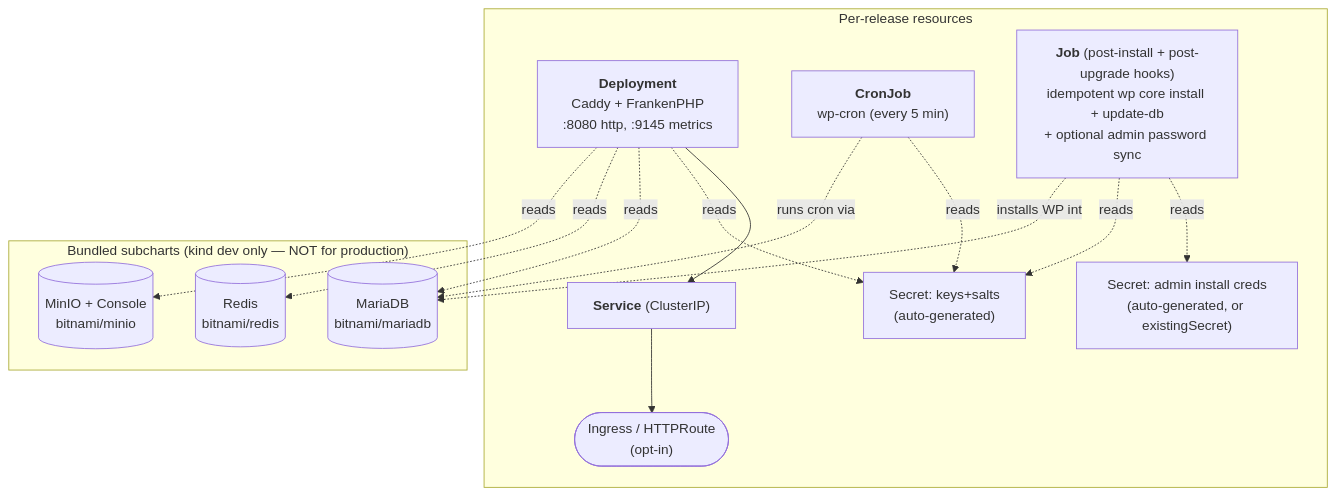
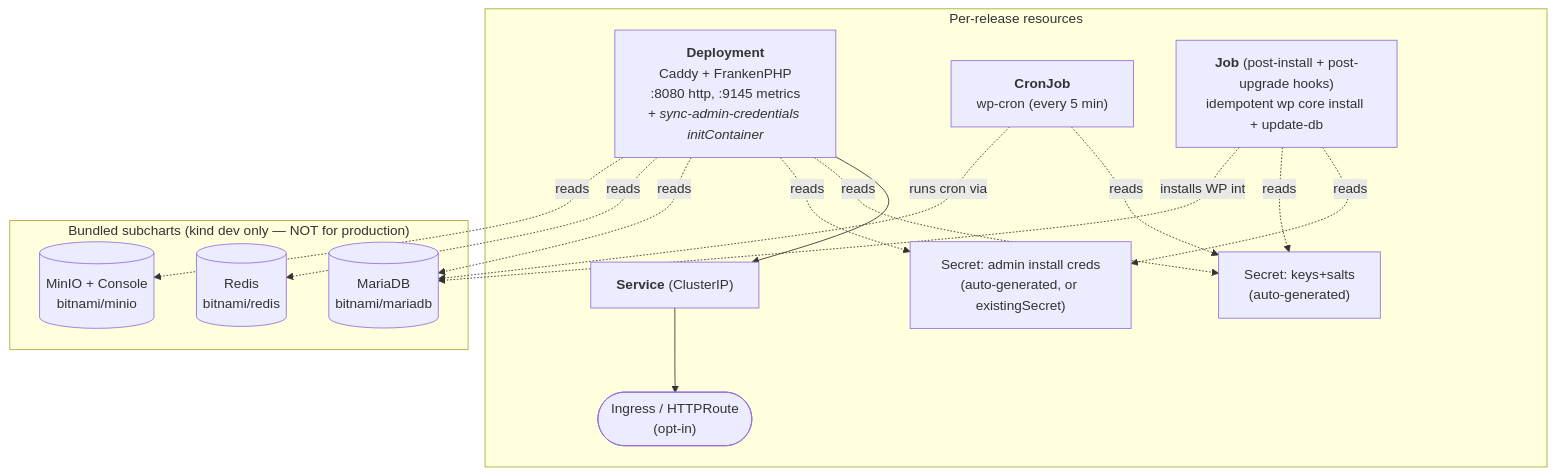
Before and after one commit to EightOEight/docs: the diagram in components/fp-charts.mdx, drawn with Mermaid. The commit also changed other lines of this file and 6 other files, not shown here.

````diff
--- a/components/fp-charts.mdx
+++ b/components/fp-charts.mdx
@@ -31,29 +31,30 @@
 ```mermaid
 flowchart TD
     subgraph release["Per-release resources"]
-        deploy["<b>Deployment</b><br/>Caddy + FrankenPHP<br/>:8080 http, :9145 metrics"]
+        deploy["<b>Deployment</b><br/>Caddy + FrankenPHP<br/>:8080 http, :9145 metrics<br/><i>+ sync-admin-credentials initContainer</i>"]
         svc["<b>Service</b> (ClusterIP)"]
         ingress(["Ingress / HTTPRoute<br/>(opt-in)"])
         wpcron["<b>CronJob</b><br/>wp-cron (every 5 min)"]
-        installJob["<b>Job</b> (post-install + post-upgrade hooks)<br/>idempotent wp core install + update-db<br/>+ optional admin password sync"]
+        installJob["<b>Job</b> (post-install + post-upgrade hooks)<br/>idempotent wp core install + update-db"]
         keys["Secret: keys+salts<br/>(auto-generated)"]
         admin["Secret: admin install creds<br/>(auto-generated, or existingSecret)"]
     end
 
     subgraph subcharts["Bundled subcharts (kind dev only — NOT for production)"]
         mariadb[("MariaDB<br/>bitnami/mariadb")]
         redis[("Redis<br/>bitnami/redis")]
         minio[("MinIO + Console<br/>bitnami/minio")]
     end
 
     deploy --> svc --> ingress
     deploy -.reads.-> keys
+    deploy -.reads.-> admin
     deploy -.reads.-> mariadb
     deploy -.reads.-> redis
     deploy -.reads.-> minio
     installJob -.reads.-> admin
     installJob -.reads.-> keys
     installJob -.installs WP into.-> mariadb
     wpcron -.reads.-> keys
     wpcron -.runs cron via.-> mariadb
 ```
````
